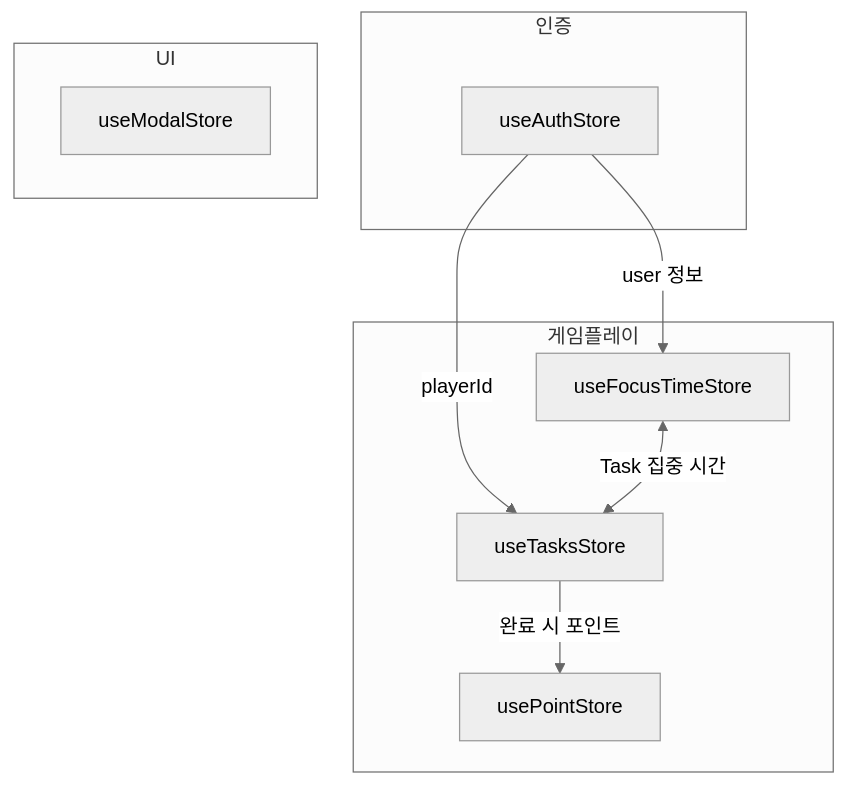
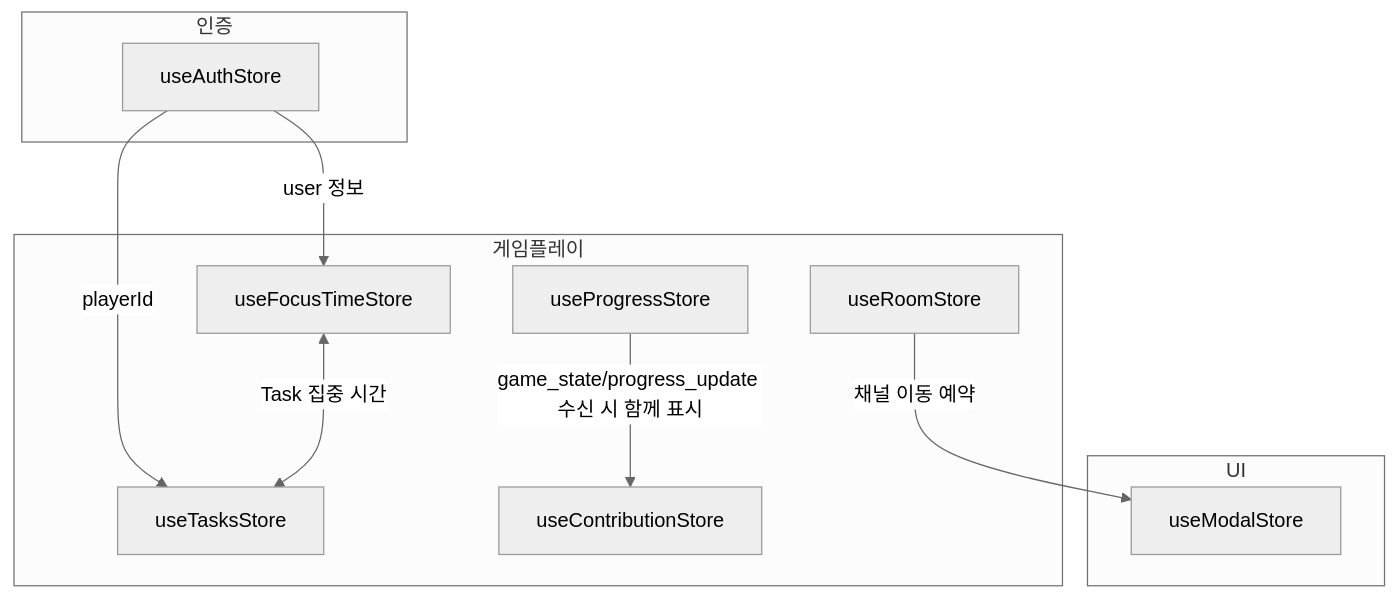
Before and after one commit to boostcampwm2025/web19-estrogenquattro: the second of 2 diagrams in docs/architecture/STATE_MANAGEMENT.md, drawn with Mermaid (neutral theme). The commit also changed other lines of this file and 97 other files, not shown here.

````diff
--- a/docs/architecture/STATE_MANAGEMENT.md
+++ b/docs/architecture/STATE_MANAGEMENT.md
@@ -278,21 +307,24 @@
 ```mermaid
 flowchart TB
     subgraph 인증
         Auth[useAuthStore]
     end
 
     subgraph 게임플레이
         Focus[useFocusTimeStore]
         Tasks[useTasksStore]
-        Point[usePointStore]
+        Progress[useProgressStore]
+        Contributions[useContributionStore]
+        Room[useRoomStore]
     end
 
     subgraph UI
         Modal[useModalStore]
     end
 
     Auth -->|user 정보| Focus
     Auth -->|playerId| Tasks
     Focus <-->|Task 집중 시간| Tasks
-    Tasks -->|완료 시 포인트| Point
+    Progress -->|game_state/progress_update 수신 시 함께 표시| Contributions
+    Room -->|채널 이동 예약| Modal
 ```
````
